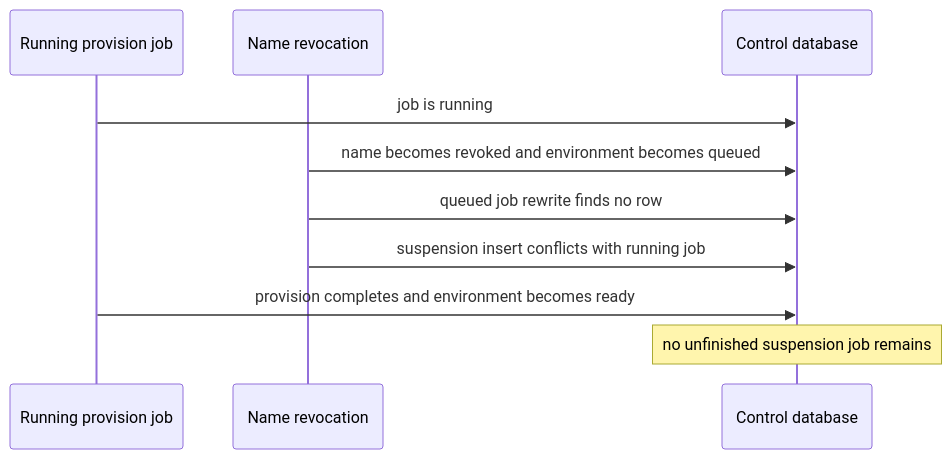
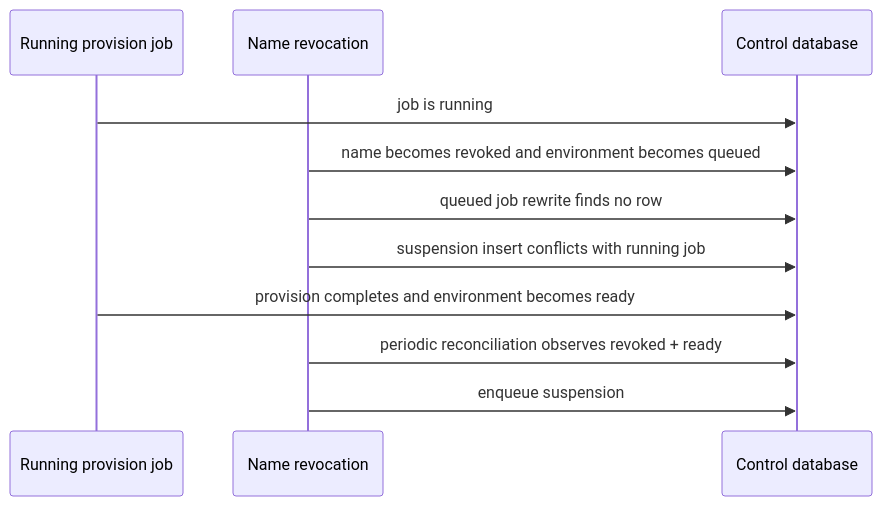
The first of 9 diagrams in services/artifact-store/PER-CUSTOMER-ARCHITECTURE.md (MyAvenCEO/avenOS), drawn with Mermaid before and after one commit. The commit also changed other lines of this file and 3 other files, not shown here.

````diff
--- a/services/artifact-store/PER-CUSTOMER-ARCHITECTURE.md
+++ b/services/artifact-store/PER-CUSTOMER-ARCHITECTURE.md
@@ -78,13 +77,14 @@
 ```mermaid
 sequenceDiagram
     participant P as Running provision job
     participant N as Name revocation
     participant C as Control database
 
     P->>C: job is running
     N->>C: name becomes revoked and environment becomes queued
     N->>C: queued job rewrite finds no row
     N->>C: suspension insert conflicts with running job
     P->>C: provision completes and environment becomes ready
-    Note over C: no unfinished suspension job remains
+    N->>C: periodic reconciliation observes revoked + ready
+    N->>C: enqueue suspension
 ```
````
